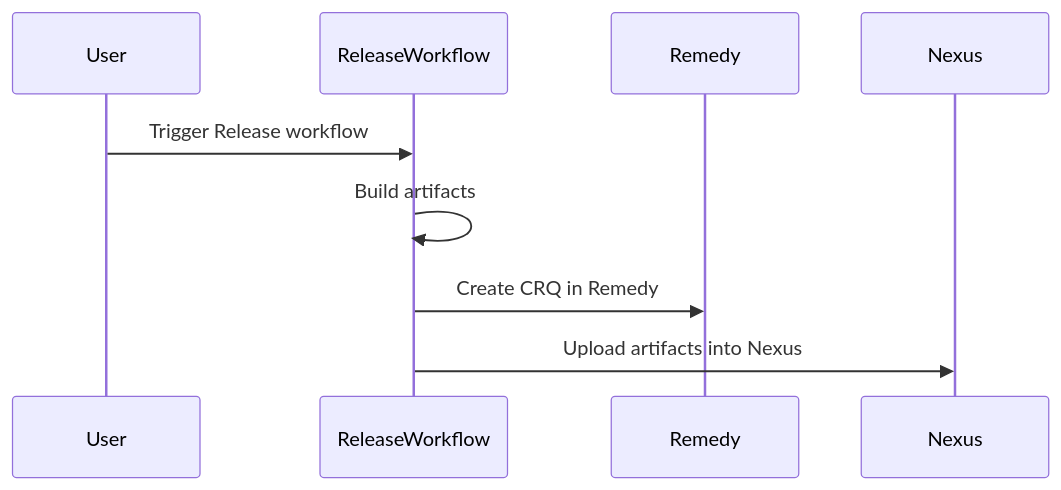
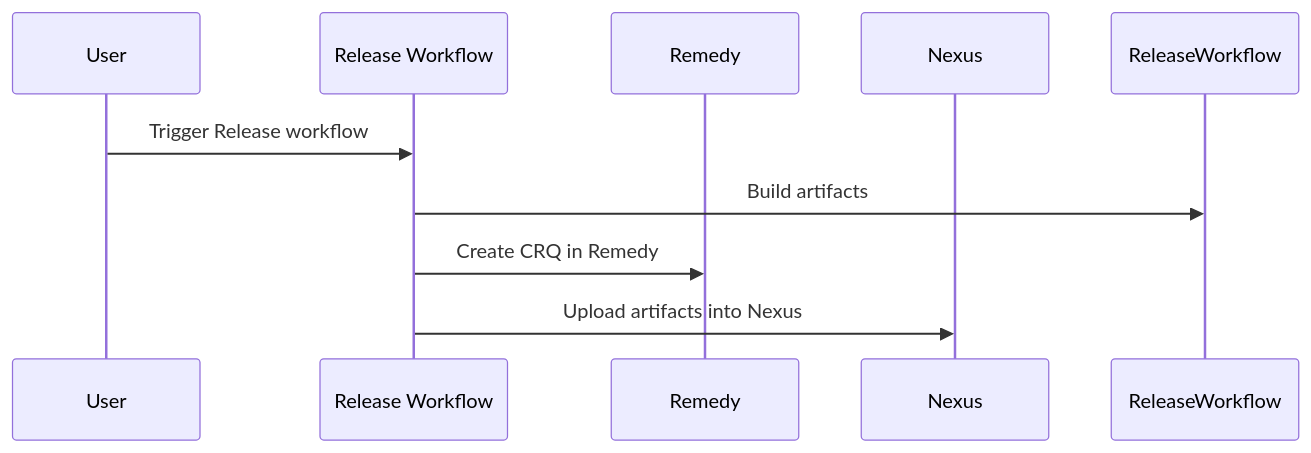
Before and after one commit to devarab1/Diagrams: the second of 3 diagrams in README.md, drawn with Mermaid. The commit also changed other lines of this file, not shown here.

````diff
--- a/README.md
+++ b/README.md
@@ -16,12 +16,12 @@
 ```mermaid
 sequenceDiagram
     participant User
-    participant ReleaseWorkflow
+    participant Release Workflow
     participant Remedy
     participant Nexus
 
-    User->>ReleaseWorkflow: Trigger Release workflow
-    ReleaseWorkflow->>ReleaseWorkflow: Build artifacts
-    ReleaseWorkflow->>Remedy: Create CRQ in Remedy
-    ReleaseWorkflow->>Nexus: Upload artifacts into Nexus
+    User->>Release Workflow: Trigger Release workflow
+    Release Workflow->>ReleaseWorkflow: Build artifacts
+    Release Workflow->>Remedy: Create CRQ in Remedy
+    Release Workflow->>Nexus: Upload artifacts into Nexus
 ```
````
